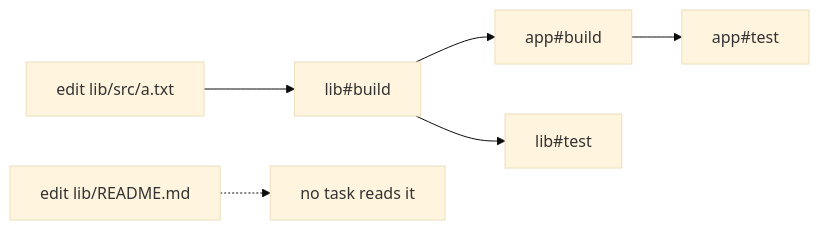
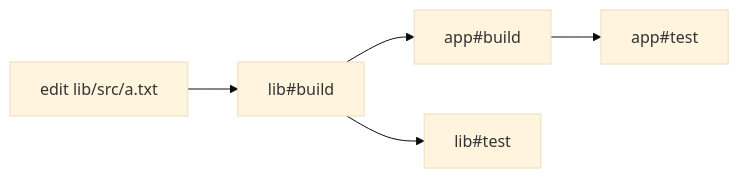
The diagram in private/vx-docs/src/content/docs/releases/vx-0-0-663.md (vznjs/vx), drawn with Mermaid (base theme) before and after one commit. The commit also changed other lines of this file and 1 other file, not shown here.

````diff
--- a/private/vx-docs/src/content/docs/releases/vx-0-0-663.md
+++ b/private/vx-docs/src/content/docs/releases/vx-0-0-663.md
@@ -38,6 +38,5 @@
 ```mermaid
 flowchart LR
   E[edit lib/src/a.txt] --> LB[lib#build] --> AB[app#build] --> AT[app#test]
   LB --> LT[lib#test]
-  R[edit lib/README.md] -.-> N[no task reads it]
 ```
````
